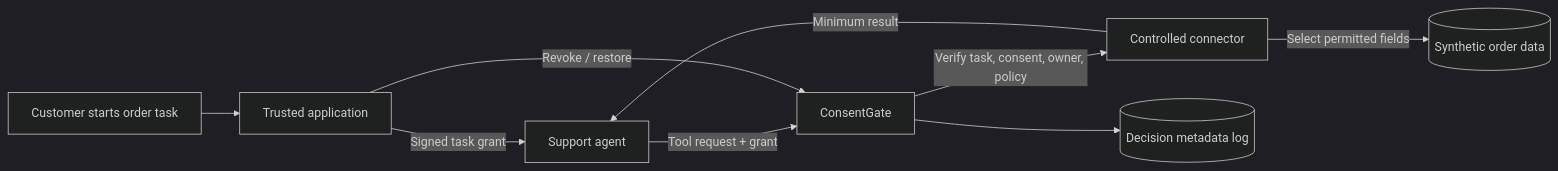
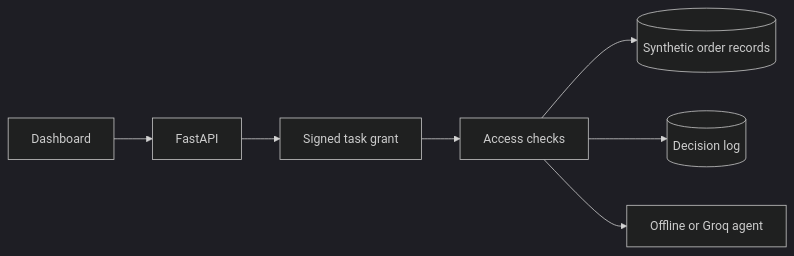
The diagram in README.md (nischala755/consent_gate), drawn with Mermaid (dark theme) before and after one commit. The commit also changed other lines of this file, not shown here.

Commit message:
Focus README on ConsentGate usage and implementation

````diff
--- a/README.md
+++ b/README.md
@@ -53,11 +52,9 @@
 ```mermaid
 flowchart LR
-  Customer[Customer starts order task] --> App[Trusted application]
-  App -->|Signed task grant| Agent[Support agent]
-  Agent -->|Tool request + grant| Gate[ConsentGate]
-  Gate -->|Verify task, consent, owner, policy| Connector[Controlled connector]
-  Connector -->|Select permitted fields| DB[(Synthetic order data)]
-  Connector -->|Minimum result| Agent
-  Gate --> Audit[(Decision metadata log)]
-  App -->|Revoke / restore| Gate
+  UI[Dashboard] --> API[FastAPI]
+  API --> Grant[Signed task grant]
+  Grant --> Gate[Access checks]
+  Gate --> Store[(Synthetic order records)]
+  Gate --> Log[(Decision log)]
+  Gate --> Agent[Offline or Groq agent]
 ```
````
